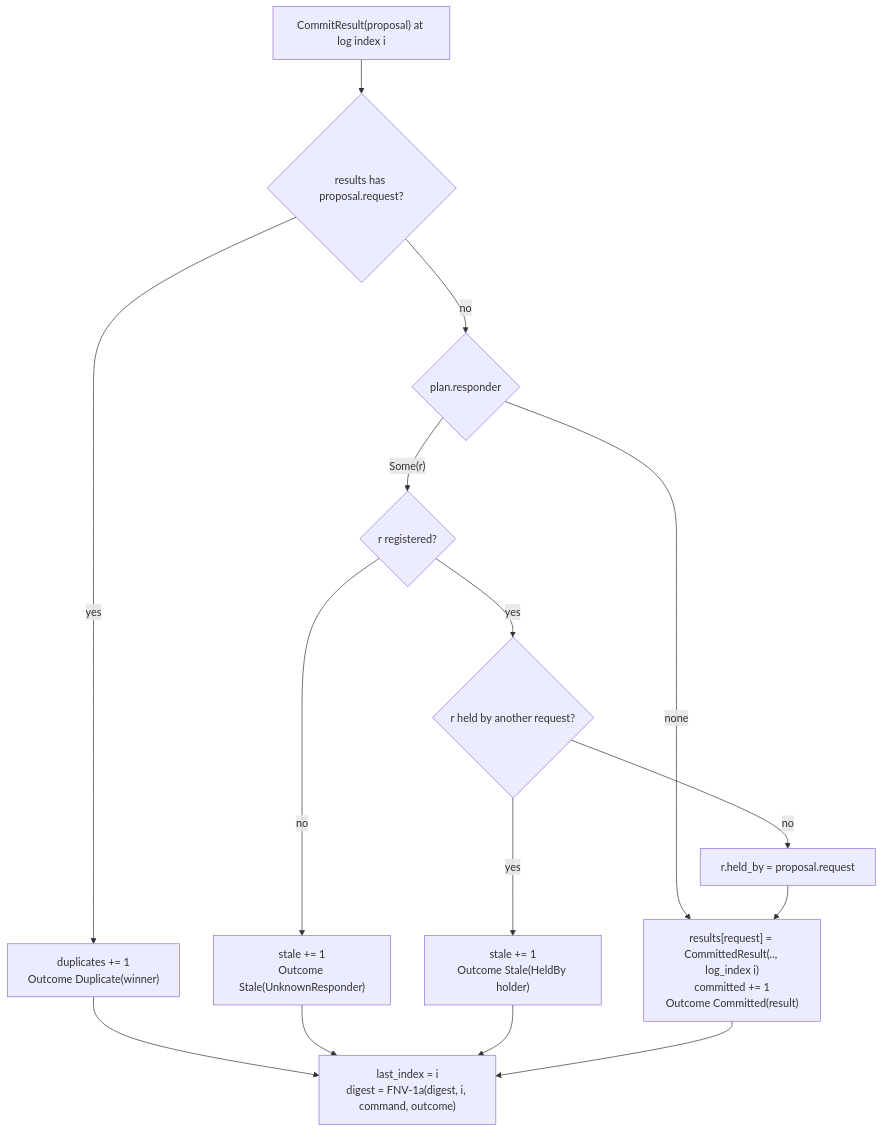
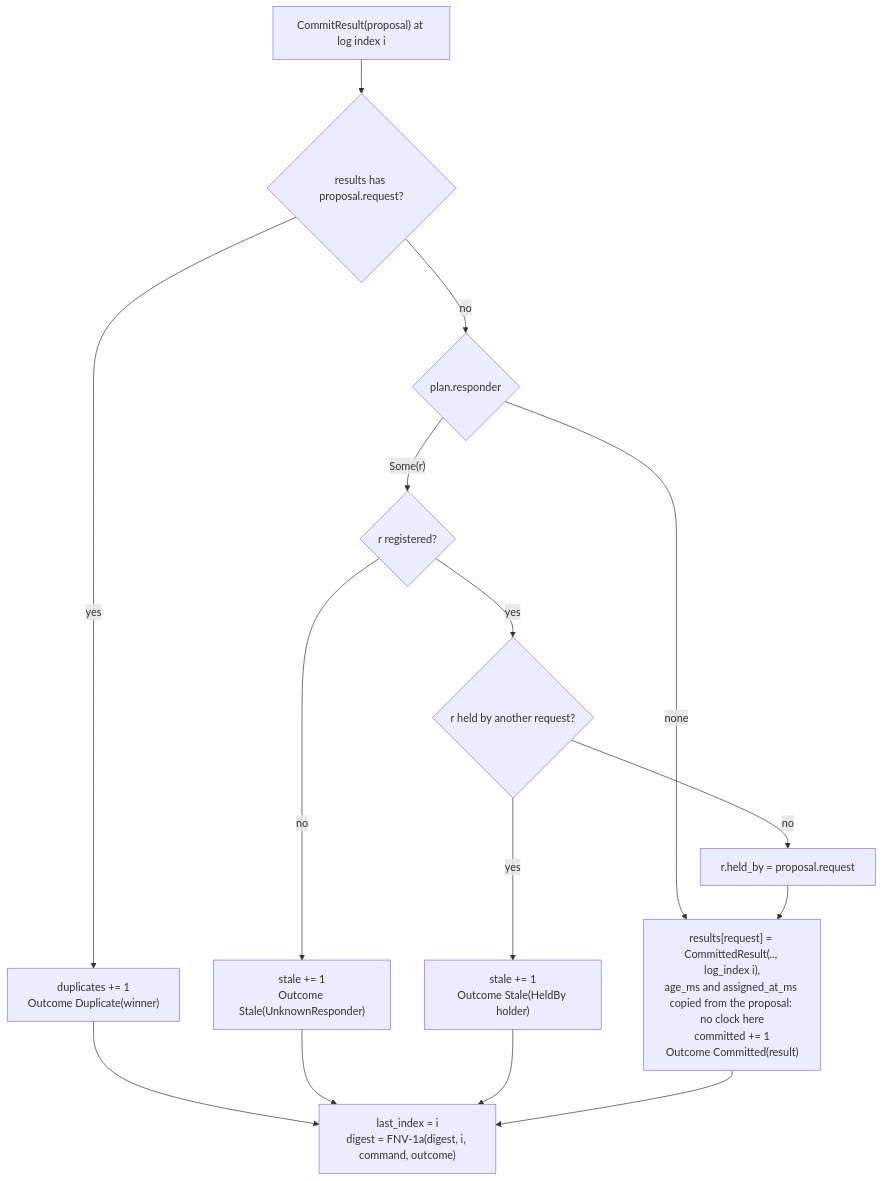
Diagram 30 of 43 in docs/architecture.md (noortaytoy1/DistributedSystems), drawn with Mermaid before and after one commit. The commit also changed other lines of this file and 7 other files, not shown here.

````diff
--- a/docs/architecture.md
+++ b/docs/architecture.md
@@ -879,17 +1250,17 @@
 ```mermaid
 flowchart TD
     A["CommitResult(proposal) at log index i"] --> B{"results has proposal.request?"}
-    B -->|yes| DUP["duplicates += 1<br/>Outcome Duplicate(winner)"]
-    B -->|no| C{"plan.responder"}
-    C -->|none| COMMIT
+    B -->|"yes"| DUP["duplicates += 1<br/>Outcome Duplicate(winner)"]
+    B -->|"no"| C{"plan.responder"}
+    C -->|"none"| COMMIT
     C -->|"Some(r)"| D{"r registered?"}
-    D -->|no| S1["stale += 1<br/>Outcome Stale(UnknownResponder)"]
-    D -->|yes| E{"r held by another request?"}
-    E -->|yes| S2["stale += 1<br/>Outcome Stale(HeldBy holder)"]
-    E -->|no| HOLD["r.held_by = proposal.request"]
-    HOLD --> COMMIT["results[request] = CommittedResult(.., log_index i)<br/>committed += 1<br/>Outcome Committed(result)"]
+    D -->|"no"| S1["stale += 1<br/>Outcome Stale(UnknownResponder)"]
+    D -->|"yes"| E{"r held by another request?"}
+    E -->|"yes"| S2["stale += 1<br/>Outcome Stale(HeldBy holder)"]
+    E -->|"no"| HOLD["r.held_by = proposal.request"]
+    HOLD --> COMMIT["results[request] = CommittedResult(.., log_index i),<br/>age_ms and assigned_at_ms copied from the proposal: no clock here<br/>committed += 1<br/>Outcome Committed(result)"]
     DUP --> DIG
     S1 --> DIG
     S2 --> DIG
     COMMIT --> DIG["last_index = i<br/>digest = FNV-1a(digest, i, command, outcome)"]
 ```
````
